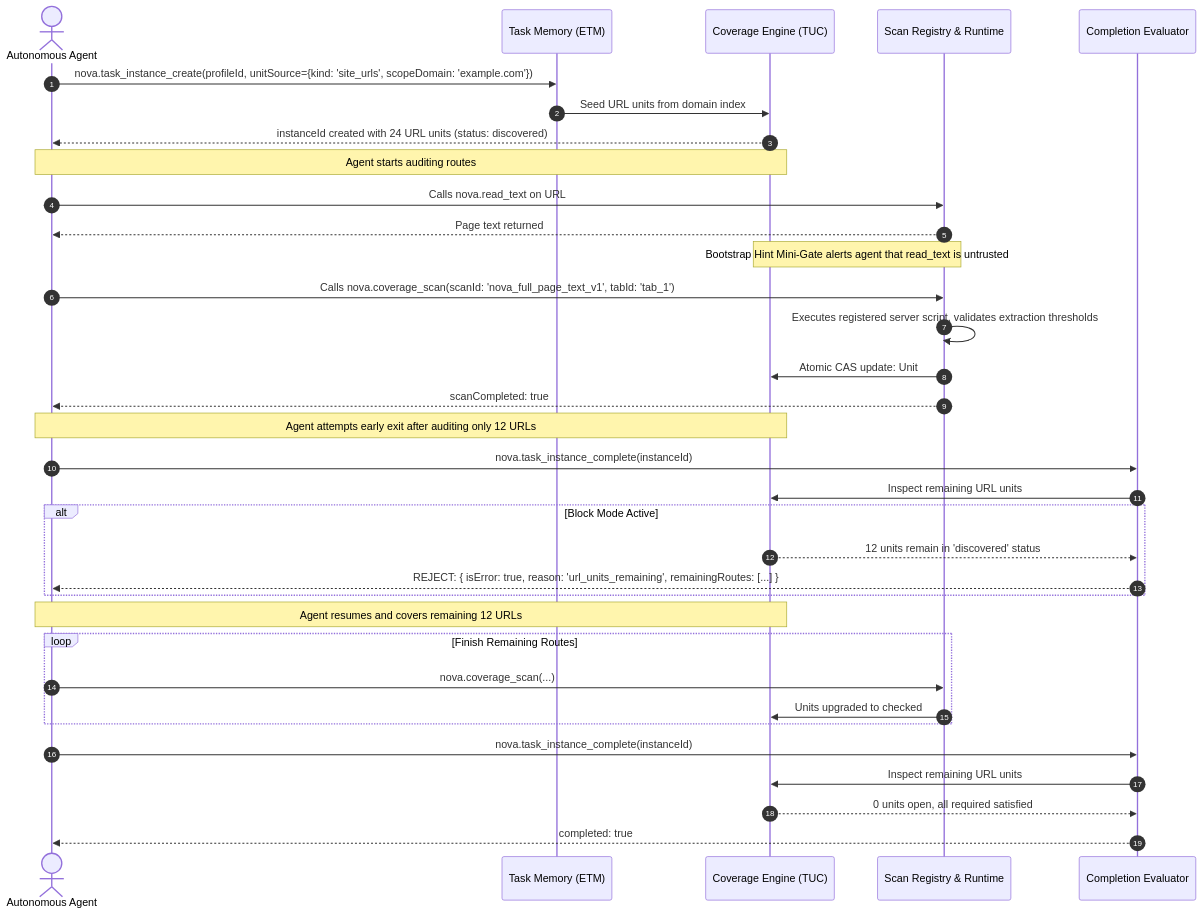
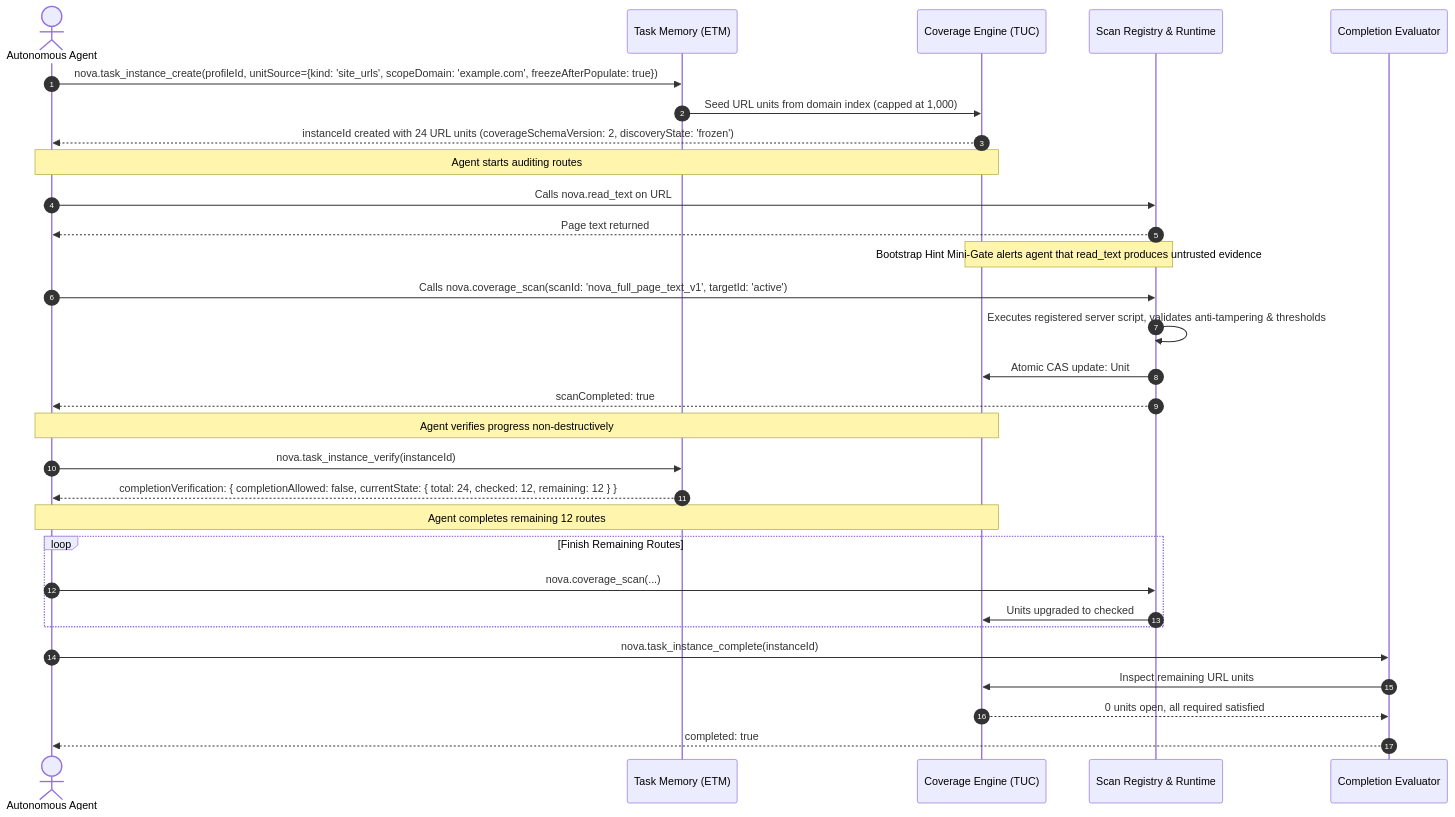
Before and after one commit to joelaniol/nova: the second of 3 diagrams in docs/core-features/learning/task-url-coverage-tuc/README.md, drawn with Mermaid. The commit also changed other lines of this file and 9 other files, not shown here.

Commit message:
docs: fix LCJ formulas and LCJ/TOB diagrams

````diff
--- a/docs/core-features/learning/task-url-coverage-tuc/README.md
+++ b/docs/core-features/learning/task-url-coverage-tuc/README.md
@@ -106,45 +115,41 @@
 ```mermaid
 sequenceDiagram
     autonumber
     actor Agent as Autonomous Agent
     participant ETM as Task Memory (ETM)
     participant TUC as Coverage Engine (TUC)
     participant Scan as Scan Registry & Runtime
     participant Gate as Completion Evaluator
 
-    Agent->>ETM: nova.task_instance_create(profileId, unitSource={kind: 'site_urls', scopeDomain: 'example.com'})
-    ETM->>TUC: Seed URL units from domain index
-    TUC-->>Agent: instanceId created with 24 URL units (status: discovered)
+    Agent->>ETM: nova.task_instance_create(profileId, unitSource={kind: 'site_urls', scopeDomain: 'example.com', freezeAfterPopulate: true})
+    ETM->>TUC: Seed URL units from domain index (capped at 1,000)
+    TUC-->>Agent: instanceId created with 24 URL units (coverageSchemaVersion: 2, discoveryState: 'frozen')
 
     Note over Agent, TUC: Agent starts auditing routes
 
     Agent->>Scan: Calls nova.read_text on URL #1
     Scan-->>Agent: Page text returned
-    Note over Scan, TUC: Bootstrap Hint Mini-Gate alerts agent that read_text is untrusted
+    Note over Scan, TUC: Bootstrap Hint Mini-Gate alerts agent that read_text produces untrusted evidence
 
-    Agent->>Scan: Calls nova.coverage_scan(scanId: 'nova_full_page_text_v1', tabId: 'tab_1')
-    Scan->>Scan: Executes registered server script, validates extraction thresholds
-    Scan->>TUC: Atomic CAS update: Unit #1 -> checked (evidenceTrusted: true)
+    Agent->>Scan: Calls nova.coverage_scan(scanId: 'nova_full_page_text_v1', targetId: 'active')
+    Scan->>Scan: Executes registered server script, validates anti-tampering & thresholds
+    Scan->>TUC: Atomic CAS update: Unit #1 -> checked (evidence_trusted: 1)
     Scan-->>Agent: scanCompleted: true
 
-    Note over Agent, TUC: Agent attempts early exit after auditing only 12 URLs
+    Note over Agent, TUC: Agent verifies progress non-destructively
 
-    Agent->>Gate: nova.task_instance_complete(instanceId)
-    Gate->>TUC: Inspect remaining URL units
-    alt Block Mode Active
-        TUC-->>Gate: 12 units remain in 'discovered' status
-        Gate-->>Agent: REJECT: { isError: true, reason: 'url_units_remaining', remainingRoutes: [...] }
-    end
+    Agent->>ETM: nova.task_instance_verify(instanceId)
+    ETM-->>Agent: completionVerification: { completionAllowed: false, currentState: { total: 24, checked: 12, remaining: 12 } }
 
-    Note over Agent, TUC: Agent resumes and covers remaining 12 URLs
+    Note over Agent, TUC: Agent completes remaining 12 routes
 
     loop Finish Remaining Routes
         Agent->>Scan: nova.coverage_scan(...)
         Scan->>TUC: Units upgraded to checked
     end
 
     Agent->>Gate: nova.task_instance_complete(instanceId)
     Gate->>TUC: Inspect remaining URL units
     TUC-->>Gate: 0 units open, all required satisfied
     Gate-->>Agent: completed: true
 ```
````
